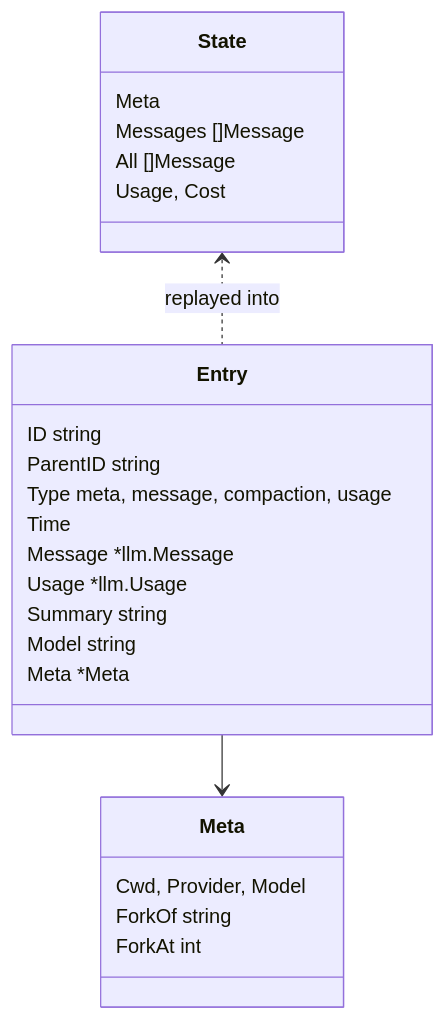
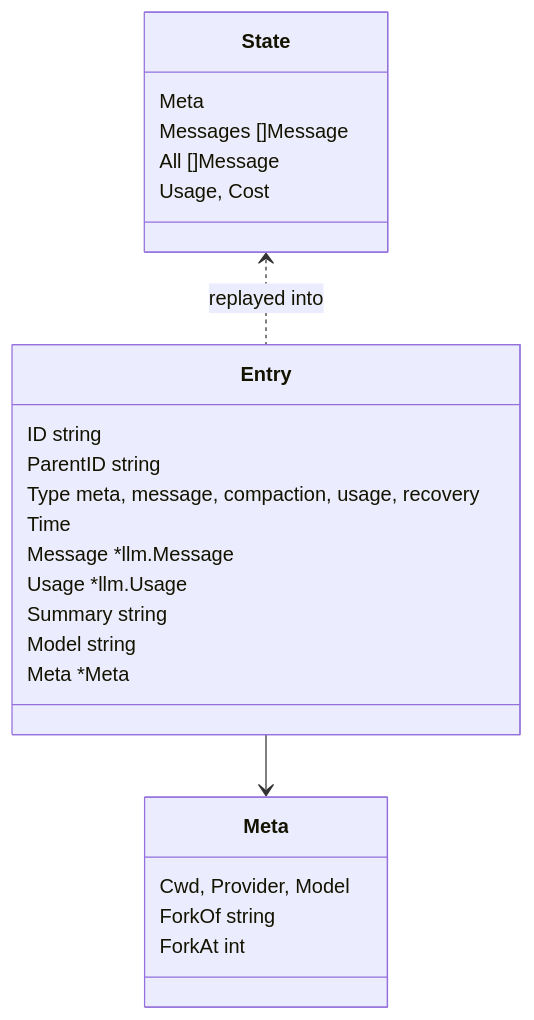
The first of 4 diagrams in docs/state-and-persistence.md (vwibowo/larik), drawn with Mermaid before and after one commit. The commit also changed other lines of this file and 9 other files, not shown here.

````diff
--- a/docs/state-and-persistence.md
+++ b/docs/state-and-persistence.md
@@ -26,27 +26,27 @@
 ```mermaid
 classDiagram
     class Entry {
         ID string
         ParentID string
-        Type meta, message, compaction, usage
+        Type meta, message, compaction, usage, recovery
         Time
         Message *llm.Message
         Usage *llm.Usage
         Summary string
         Model string
         Meta *Meta
     }
     class Meta {
         Cwd, Provider, Model
         ForkOf string
         ForkAt int
     }
     class State {
         Meta
         Messages []Message
         All []Message
         Usage, Cost
     }
     Entry --> Meta
     State <.. Entry : replayed into
 ```
````
